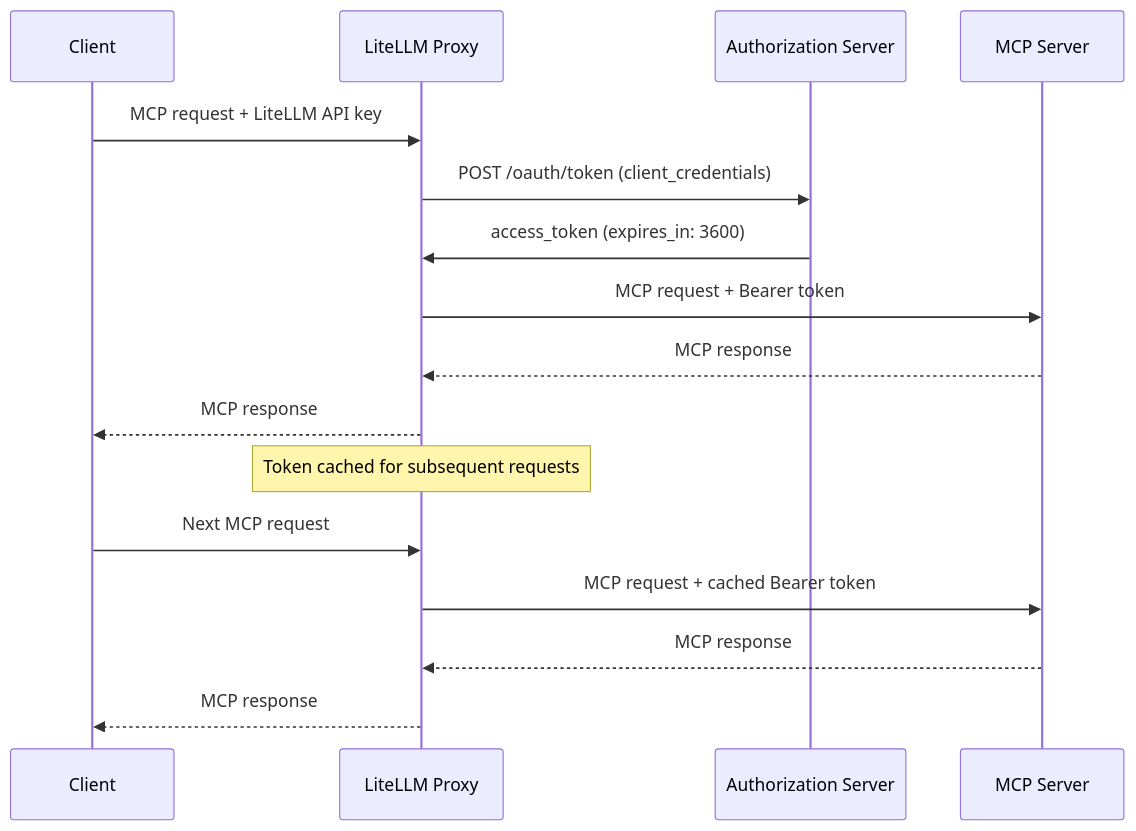
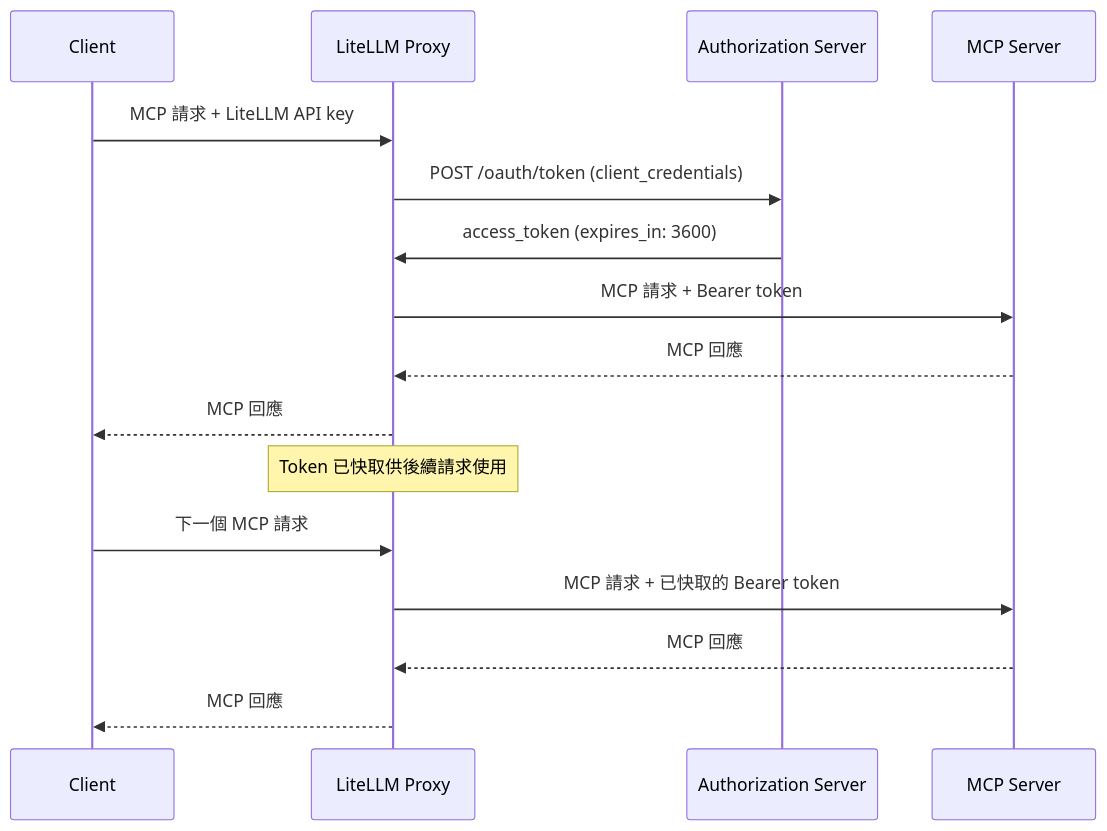
One commit to doggy8088/litellm-docs changed the second of 3 diagrams in docs/mcp_oauth.md. Above: the diagram before and after it, drawn with Mermaid. The commit also changed other lines of this file and 1957 other files, not shown here.

````diff
--- a/docs/mcp_oauth.md
+++ b/docs/mcp_oauth.md
@@ -243,20 +243,20 @@
 ```mermaid
 sequenceDiagram
     participant Client as Client
     participant LiteLLM as LiteLLM Proxy
     participant Auth as Authorization Server
     participant MCP as MCP Server
 
-    Client->>LiteLLM: MCP request + LiteLLM API key
+    Client->>LiteLLM: MCP 請求 + LiteLLM API key
     LiteLLM->>Auth: POST /oauth/token (client_credentials)
     Auth->>LiteLLM: access_token (expires_in: 3600)
-    LiteLLM->>MCP: MCP request + Bearer token
-    MCP-->>LiteLLM: MCP response
-    LiteLLM-->>Client: MCP response
+    LiteLLM->>MCP: MCP 請求 + Bearer token
+    MCP-->>LiteLLM: MCP 回應
+    LiteLLM-->>Client: MCP 回應
 
-    Note over LiteLLM: Token cached for subsequent requests
-    Client->>LiteLLM: Next MCP request
-    LiteLLM->>MCP: MCP request + cached Bearer token
-    MCP-->>LiteLLM: MCP response
-    LiteLLM-->>Client: MCP response
+    Note over LiteLLM: Token 已快取供後續請求使用
+    Client->>LiteLLM: 下一個 MCP 請求
+    LiteLLM->>MCP: MCP 請求 + 已快取的 Bearer token
+    MCP-->>LiteLLM: MCP 回應
+    LiteLLM-->>Client: MCP 回應
 ```
````
